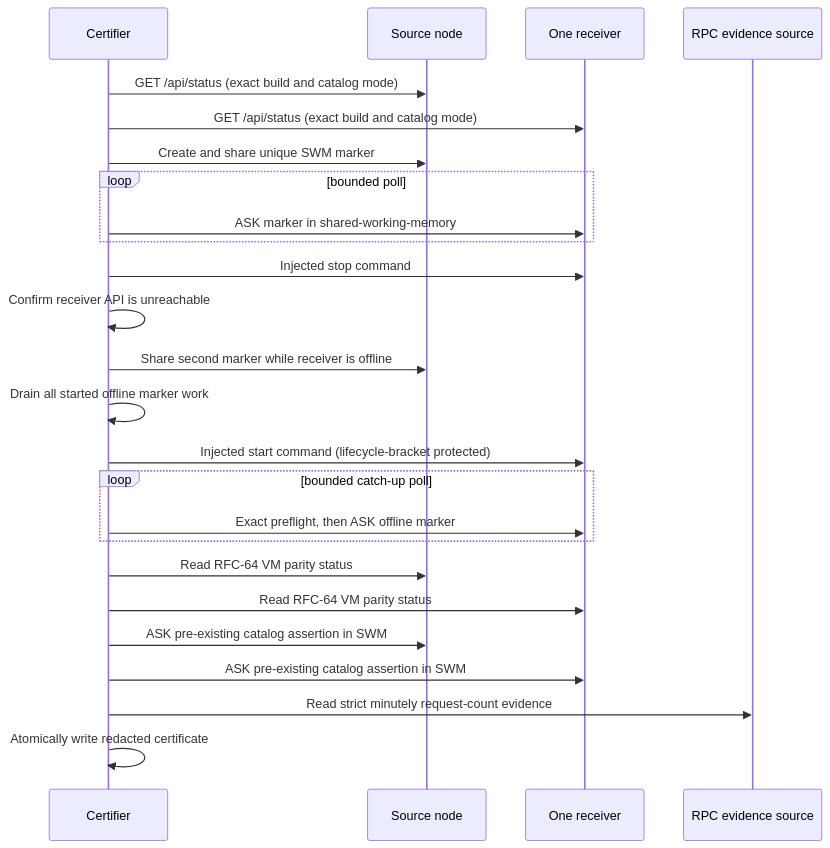
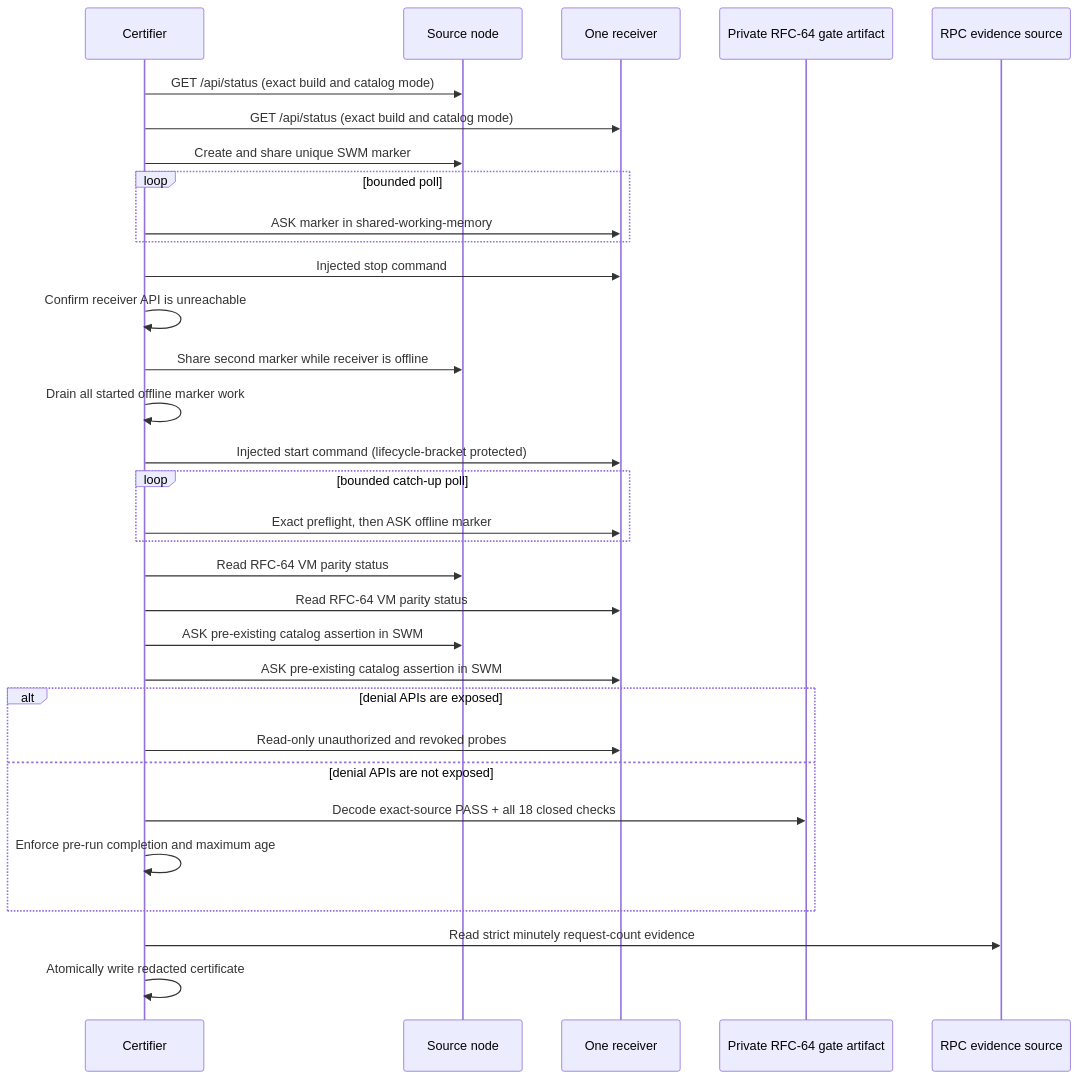
Before and after one commit to OriginTrail/dkg: the diagram in devnet/rfc64-remote-canary/README.md, drawn with Mermaid. The commit also changed other lines of this file and 18 other files, not shown here.

````diff
--- a/devnet/rfc64-remote-canary/README.md
+++ b/devnet/rfc64-remote-canary/README.md
@@ -69,28 +75,35 @@
 ```mermaid
 sequenceDiagram
   participant C as Certifier
   participant S as Source node
   participant R as One receiver
+  participant P as Private RFC-64 gate artifact
   participant E as RPC evidence source
 
   C->>S: GET /api/status (exact build and catalog mode)
   C->>R: GET /api/status (exact build and catalog mode)
   C->>S: Create and share unique SWM marker
   loop bounded poll
     C->>R: ASK marker in shared-working-memory
   end
   C->>R: Injected stop command
   C->>C: Confirm receiver API is unreachable
   C->>S: Share second marker while receiver is offline
   C->>C: Drain all started offline marker work
   C->>R: Injected start command (lifecycle-bracket protected)
   loop bounded catch-up poll
     C->>R: Exact preflight, then ASK offline marker
   end
   C->>S: Read RFC-64 VM parity status
   C->>R: Read RFC-64 VM parity status
   C->>S: ASK pre-existing catalog assertion in SWM
   C->>R: ASK pre-existing catalog assertion in SWM
+  alt denial APIs are exposed
+    C->>R: Read-only unauthorized and revoked probes
+  else denial APIs are not exposed
+    C->>P: Decode exact-source PASS + all 18 closed checks
+    C->>C: Enforce pre-run completion and maximum age
+  end
   C->>E: Read strict minutely request-count evidence
   C->>C: Atomically write redacted certificate
 ```
````
